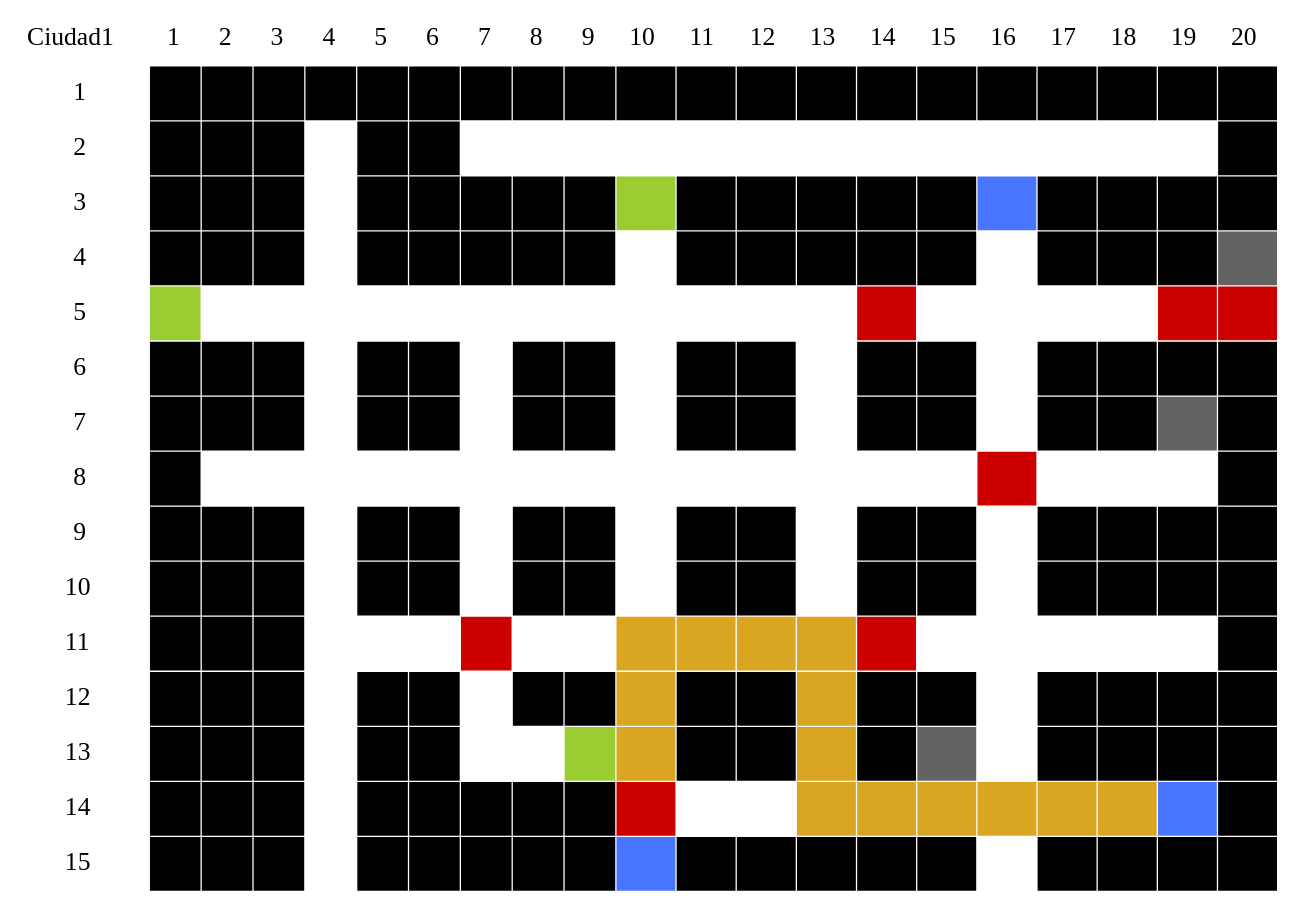
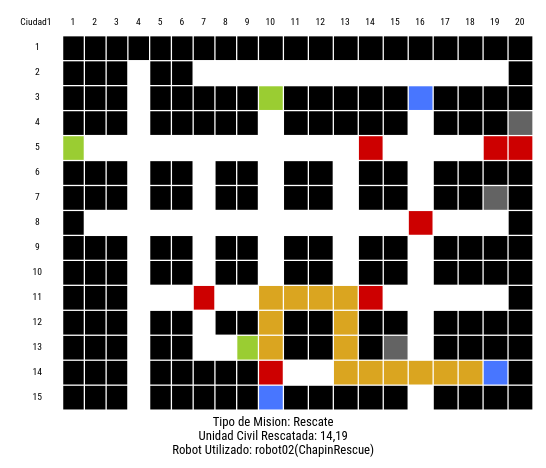
One commit to rodrialeh01/IPC2_Proyecto2_201900042 changed the diagram in MapasOperados/MisionRescate_Ciudad1.dot. Above: the diagram before and after it, drawn with Graphviz. The commit also changed 14 other files, not shown here.

Commit message:
Editando las graficas de graphviz y validando la generacion de mapas de exito

```diff
--- a/MapasOperados/MisionRescate_Ciudad1.dot
+++ b/MapasOperados/MisionRescate_Ciudad1.dot
@@ -1,7 +1,7 @@
 digraph structs {
 	node [shape=plaintext]
-	patron [fontsize="40pt", label=<
-<TABLE BORDER="0" CELLBORDER="0" CELLSPACING="2" CELLPADDING="20">
+	patron [fontname="Roboto Condensed"fontsize="15pt", label=<
+<TABLE BORDER="0" CELLBORDER="0" CELLSPACING="2" CELLPADDING="10">
 <TR>
     <TD border="0">Ciudad1</TD><TD border="0">1</TD><TD border="0">2</TD><TD border="0">3</TD><TD border="0">4</TD><TD border="0">5</TD><TD border="0">6</TD><TD border="0">7</TD><TD border="0">8</TD><TD border="0">9</TD><TD border="0">10</TD><TD border="0">11</TD><TD border="0">12</TD><TD border="0">13</TD><TD border="0">14</TD><TD border="0">15</TD><TD border="0">16</TD><TD border="0">17</TD><TD border="0">18</TD><TD border="0">19</TD><TD border="0">20</TD>
 </TR>
@@ -334,5 +334,5 @@
 <TD bgcolor="black">   </TD>
 <TD bgcolor="black">   </TD>
 <TD bgcolor="black">   </TD>
-<TD bgcolor="black">   </TD></TR></TABLE>>]
+<TD bgcolor="black">   </TD></TR></TABLE>>]fontname="Roboto Condensed"fontsize="20pt"label="Tipo de Mision: Rescate\nUnidad Civil Rescatada: 14,19\nRobot Utilizado: robot02(ChapinRescue)"
 }
```
